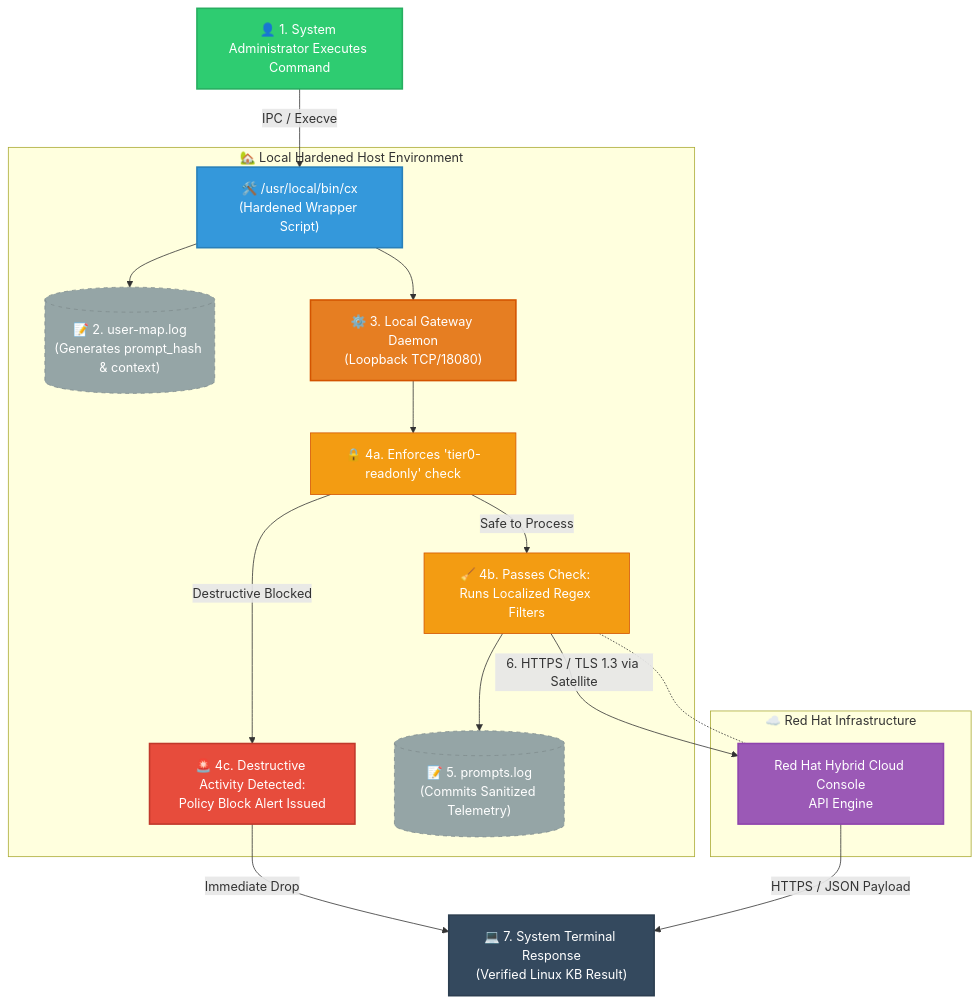
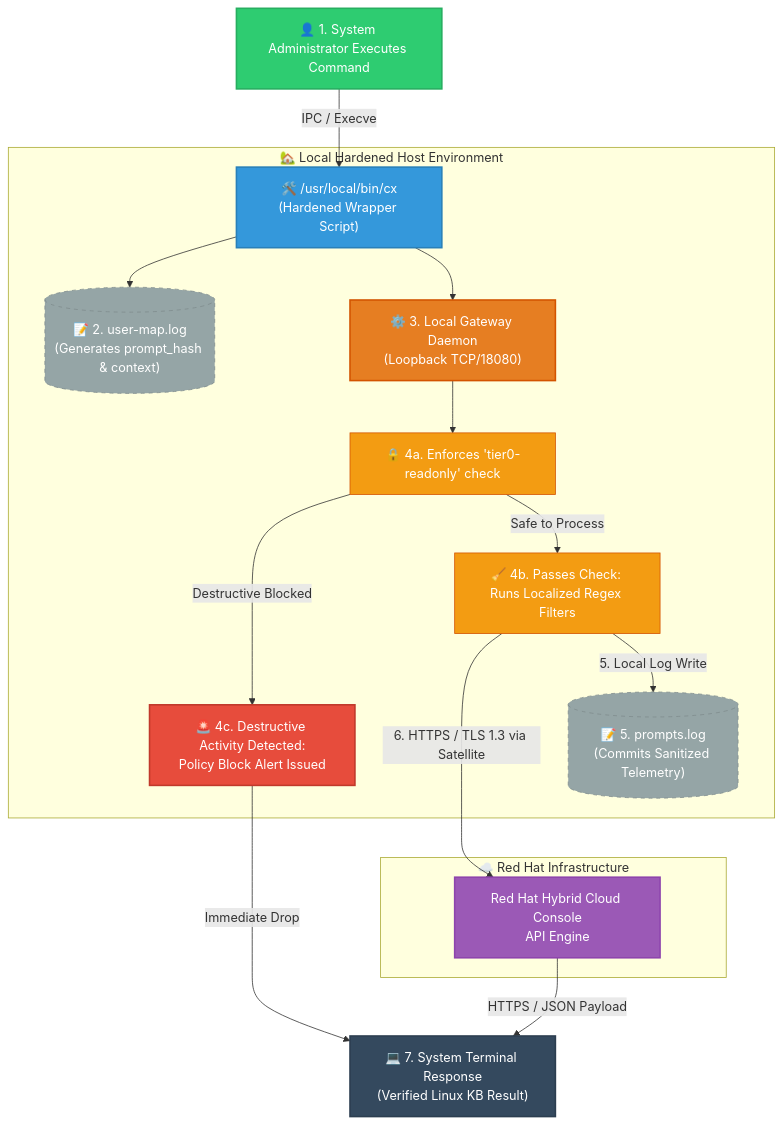
Before and after one commit to kumarj04/cla-gateway: the diagram in ARCH.md, drawn with Mermaid.

Commit message:
Refactor flowchart comments for clarity and accuracy

````diff
--- a/ARCH.md
+++ b/ARCH.md
@@ -1,56 +1,57 @@
 ```mermaid
 graph TD
     %% Styling definitions
     classDef user fill:#2ecc71,stroke:#27ae60,stroke-width:2px,color:#fff;
     classDef local fill:#3498db,stroke:#2980b9,stroke-width:2px,color:#fff;
     classDef daemon fill:#e67e22,stroke:#d35400,stroke-width:2px,color:#fff;
     classDef subEngine fill:#f39c12,stroke:#d35400,stroke-width:1px,color:#fff;
     classDef cloud fill:#9b59b6,stroke:#8e44ad,stroke-width:2px,color:#fff;
     classDef terminal fill:#34495e,stroke:#2c3e50,stroke-width:2px,color:#fff;
     classDef log fill:#95a5a6,stroke:#7f8c8d,stroke-width:1px,color:#fff,stroke-dasharray: 5 5;
     classDef alert fill:#e74c3c,stroke:#c0392b,stroke-width:2px,color:#fff;
 
     %% Workflow Nodes
     Admin[👤 1. System Administrator Executes Command]:::user
     
     subgraph LocalHost ["🏡 Local Hardened Host Environment"]
         Wrapper["🛠️ /usr/local/bin/cx<br>(Hardened Wrapper Script)"]:::local
         UserLog[("📝 2. user-map.log<br>(Generates prompt_hash & context)")]:::log
         
         Daemon["⚙️ 3. Local Gateway Daemon<br>(Loopback TCP/18080)"]:::daemon
         Check1["🔒 4a. Enforces 'tier0-readonly' check"]:::subEngine
         
         %% Core Security Decision Layer
         Check2["🧹 4b. Passes Check: Runs Localized Regex Filters"]:::subEngine
         FailBlock["🚨 4c. Destructive Activity Detected:<br>Policy Block Alert Issued"]:::alert
         
         PromptLog[("📝 5. prompts.log<br>(Commits Sanitized Telemetry)")]:::log
     end
 
     subgraph RedHat ["☁️ Red Hat Infrastructure"]
         RHCloud["Red Hat Hybrid Cloud Console<br>API Engine"]:::cloud
     end
 
     Response["💻 7. System Terminal Response<br>(Verified Linux KB Result)"]:::terminal
 
-    %% Top Stream
+    %% Top Spine Flow
     Admin -->|IPC / Execve| Wrapper
     Wrapper --> UserLog
     Wrapper --> Daemon
     Daemon --> Check1
     
     %% Split Branches
     Check1 -->|Destructive Blocked| FailBlock
     Check1 -->|Safe to Process| Check2
     
-    %% Left Side Drop For Blocked Execution
+    %% Left Side Failure Stream 
     FailBlock -->|Immediate Drop| Response
     
-    %% Right Side Stream For Sanitized Queries (No crossing lines)
-    Check2 --> PromptLog
+    %% Clean Symmetrical Outbound Paths (Completely eliminates intersection)
+    Check2 -->|5. Local Log Write| PromptLog
     Check2 -->|6. HTTPS / TLS 1.3 via Satellite| RHCloud
+    
     RHCloud -->|HTTPS / JSON Payload| Response
 
-    %% Alignment Constraints to Keep Lines Straight
-    Check2 -.- RHCloud
+    %% Hard alignment layout constraint (Keeps boxes spaced cleanly)
+    PromptLog ~~~ RHCloud
 ```
````
